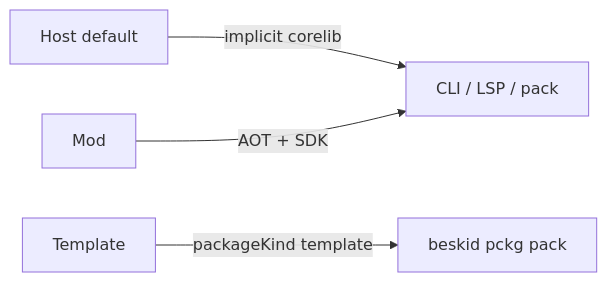
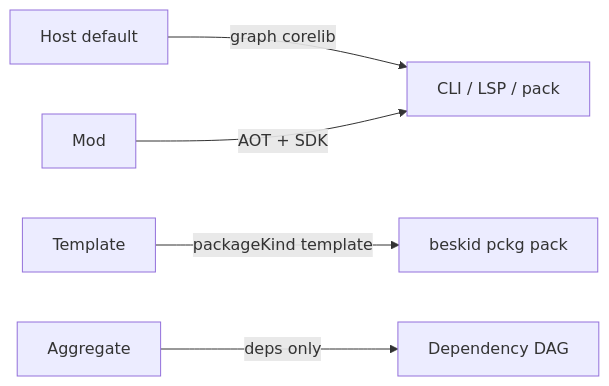
Before and after one commit to Cyber-Nomad-Collective/beskid: the diagram in site/website/src/content/docs/platform-spec/tooling/manifests-and-lockfiles/project-manifest-contract/design-model.mdx, drawn with Mermaid. The commit also changed other lines of this file and 30 other files, not shown here.

````diff
--- a/site/website/src/content/docs/platform-spec/tooling/manifests-and-lockfiles/project-manifest-contract/design-model.mdx
+++ b/site/website/src/content/docs/platform-spec/tooling/manifests-and-lockfiles/project-manifest-contract/design-model.mdx
@@ -43,9 +72,11 @@
 ```mermaid
 flowchart LR
   Host[Host default]
   Mod[Mod]
   Tpl[Template]
-  Host -->|implicit corelib| Tooling[CLI / LSP / pack]
+  Agg[Aggregate]
+  Host -->|graph corelib| Tooling[CLI / LSP / pack]
   Mod -->|AOT + SDK| Tooling
   Tpl -->|packageKind template| Pack[beskid pckg pack]
+  Agg -->|deps only| Graph[Dependency DAG]
 ```
````
